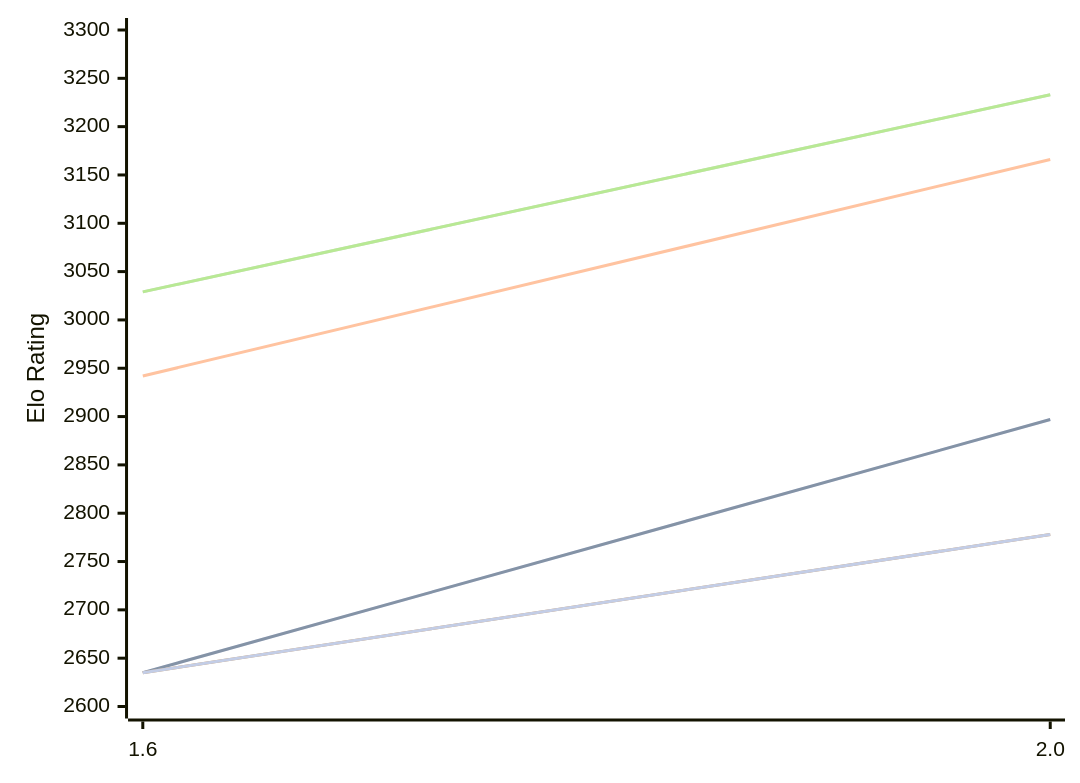
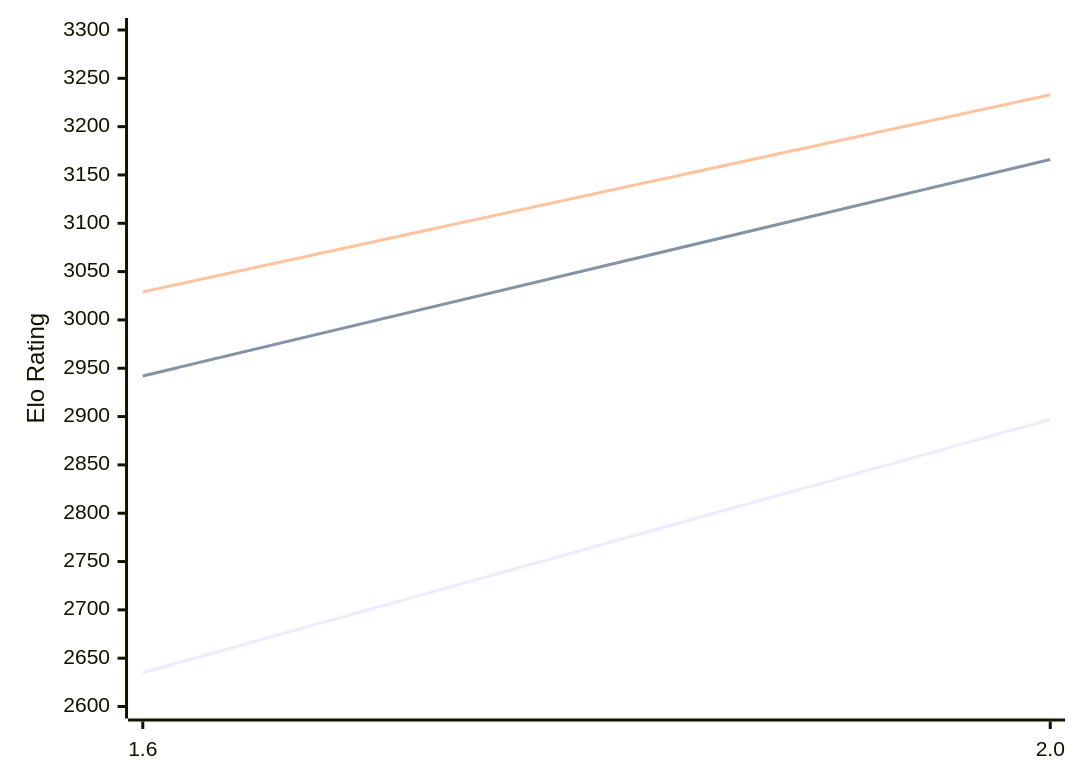
Before and after one commit to computer-chess-index/cci: the diagram in engines/Onyx.md, drawn with Mermaid. The commit also changed other lines of this file, not shown here.

````diff
--- a/engines/Onyx.md
+++ b/engines/Onyx.md
@@ -48,13 +48,9 @@
 ```mermaid
 %%{init: {"theme":"base","themeVariables":{"seriesColors:['#a3a3a3','#222221','#faa371']}}}%%
 xychart-beta
   x-axis ["1.6", "2.0"]
   y-axis "Elo Rating" 2600 --> 3300
-  line "" [2635, 2897]
   line "T1: STC (8.0+0.08s)" [2635, 2897]
   line "T1: LTC (60.0+0.60s)" [2942, 3166]
-  line "" [3029, 3233]
   line "T1: VLTC (2m24s+1.12s)" [3029, 3233]
-  line "" [2635,2778]
-  line "E1: STC (8.0+0.08s)" [2635,2778]
 ```
````
